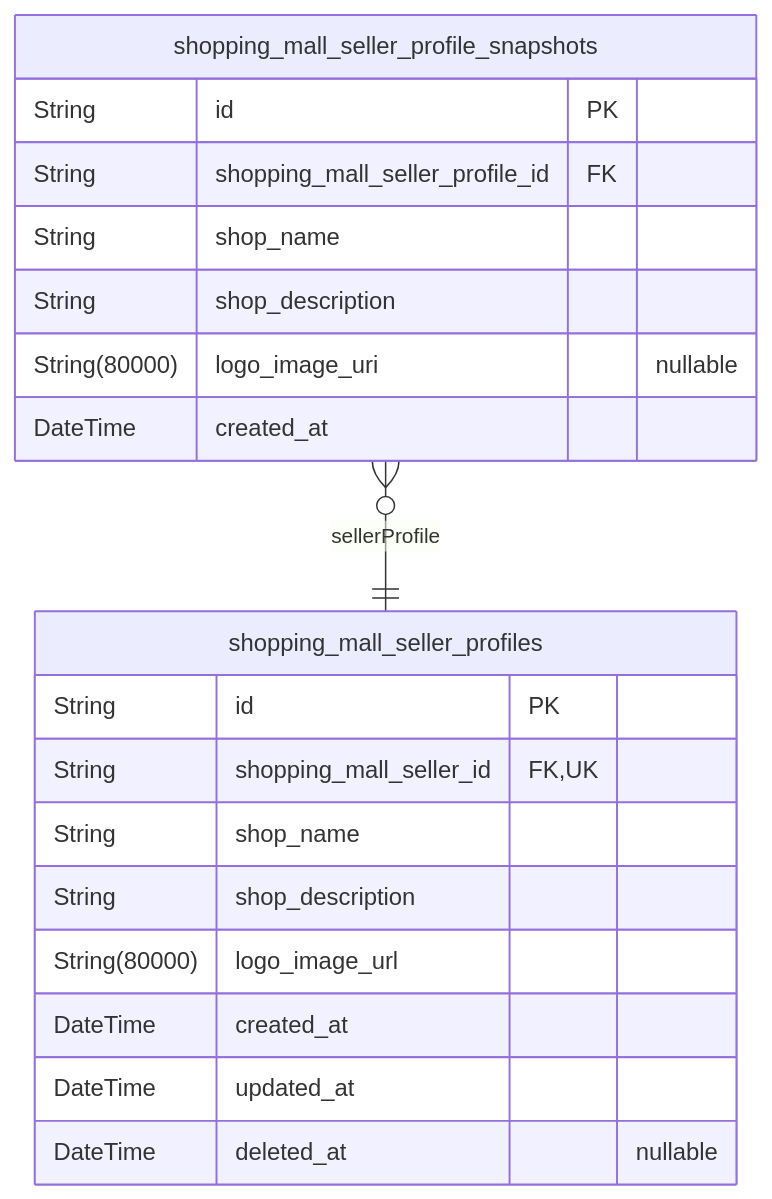
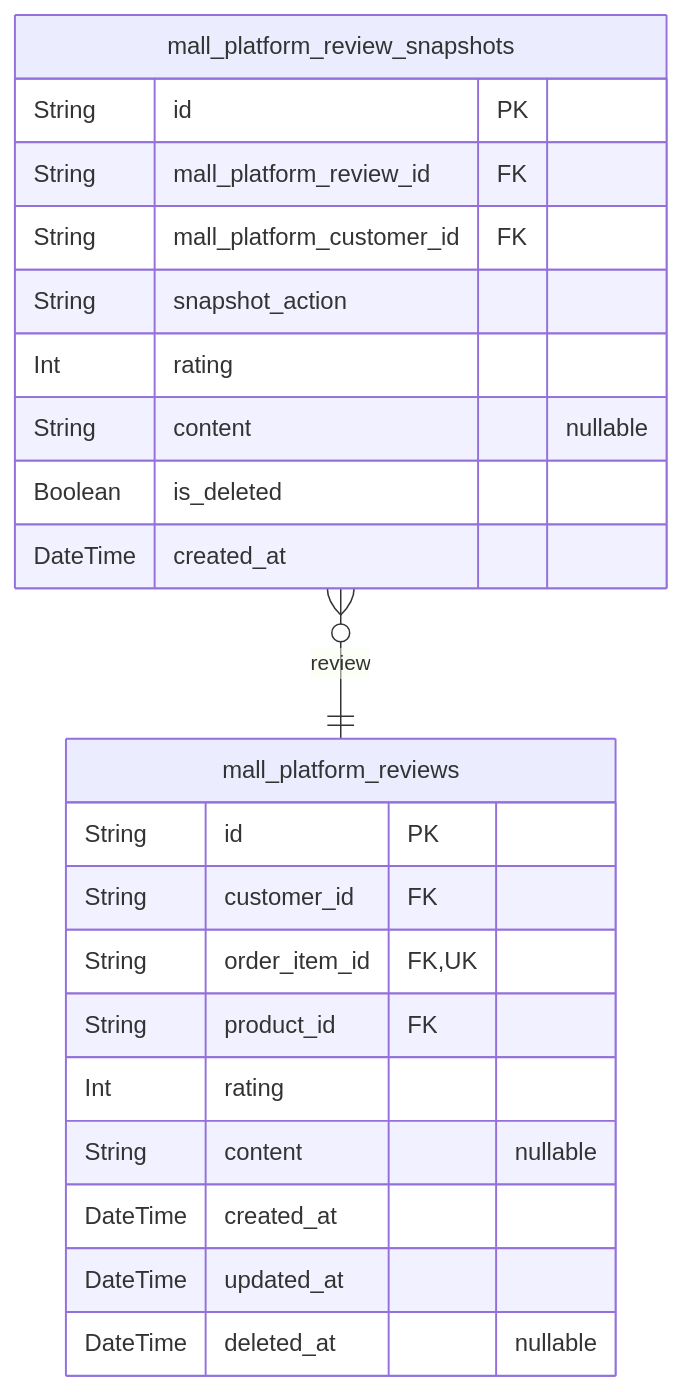
Diagram 13 of 17 in openai/gpt-5.4-mini/shopping/docs/ERD.md (wrtnlabs/autobe-examples), drawn with Mermaid before and after one commit. The commit also changed other lines of this file and 9017 other files, not shown here.

````diff
--- a/openai/gpt-5.4-mini/shopping/docs/ERD.md
+++ b/openai/gpt-5.4-mini/shopping/docs/ERD.md
@@ -1524,22 +1252,25 @@
 ```mermaid
 erDiagram
-"shopping_mall_seller_profiles" {
+"mall_platform_reviews" {
   String id PK
-  String shopping_mall_seller_id FK,UK
-  String shop_name
-  String shop_description
-  String(80000) logo_image_url
+  String customer_id FK
+  String order_item_id FK,UK
+  String product_id FK
+  Int rating
+  String content "nullable"
   DateTime created_at
   DateTime updated_at
   DateTime deleted_at "nullable"
 }
-"shopping_mall_seller_profile_snapshots" {
+"mall_platform_review_snapshots" {
   String id PK
-  String shopping_mall_seller_profile_id FK
-  String shop_name
-  String shop_description
-  String(80000) logo_image_uri "nullable"
+  String mall_platform_review_id FK
+  String mall_platform_customer_id FK
+  String snapshot_action
+  Int rating
+  String content "nullable"
+  Boolean is_deleted
   DateTime created_at
 }
-"shopping_mall_seller_profile_snapshots" }o--|| "shopping_mall_seller_profiles" : sellerProfile
+"mall_platform_review_snapshots" }o--|| "mall_platform_reviews" : review
 ```
````
